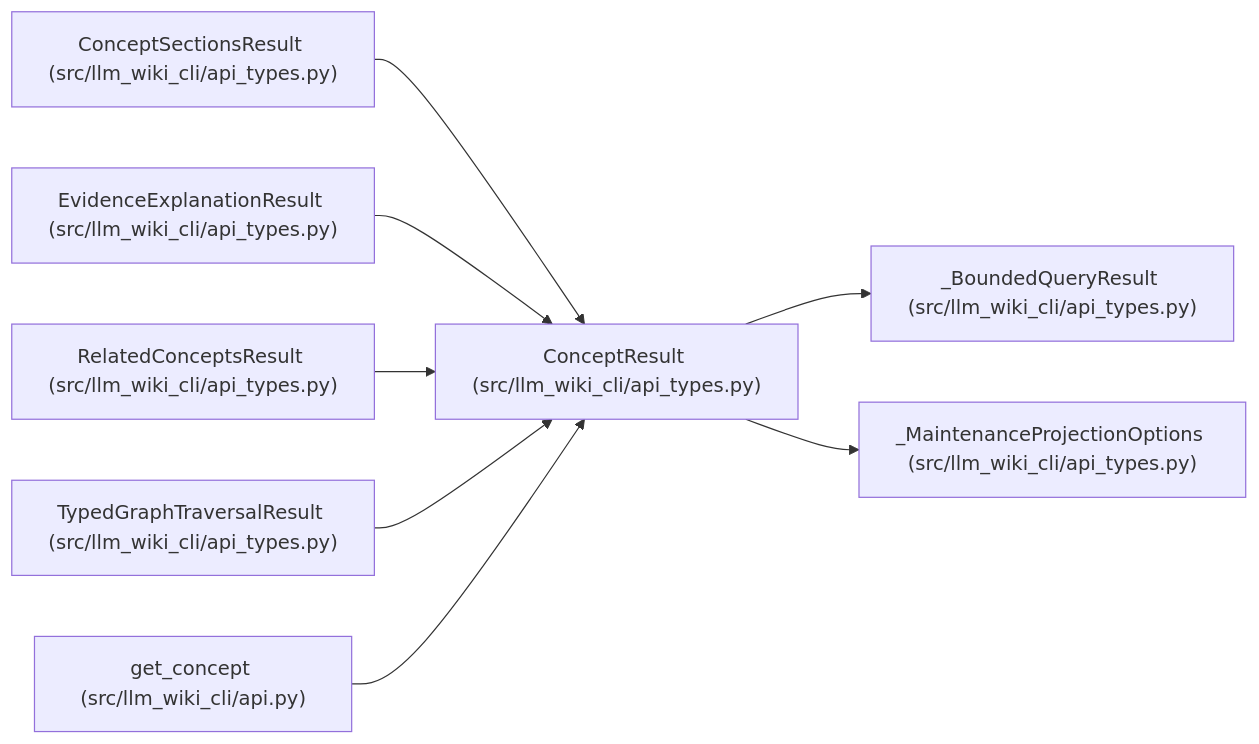
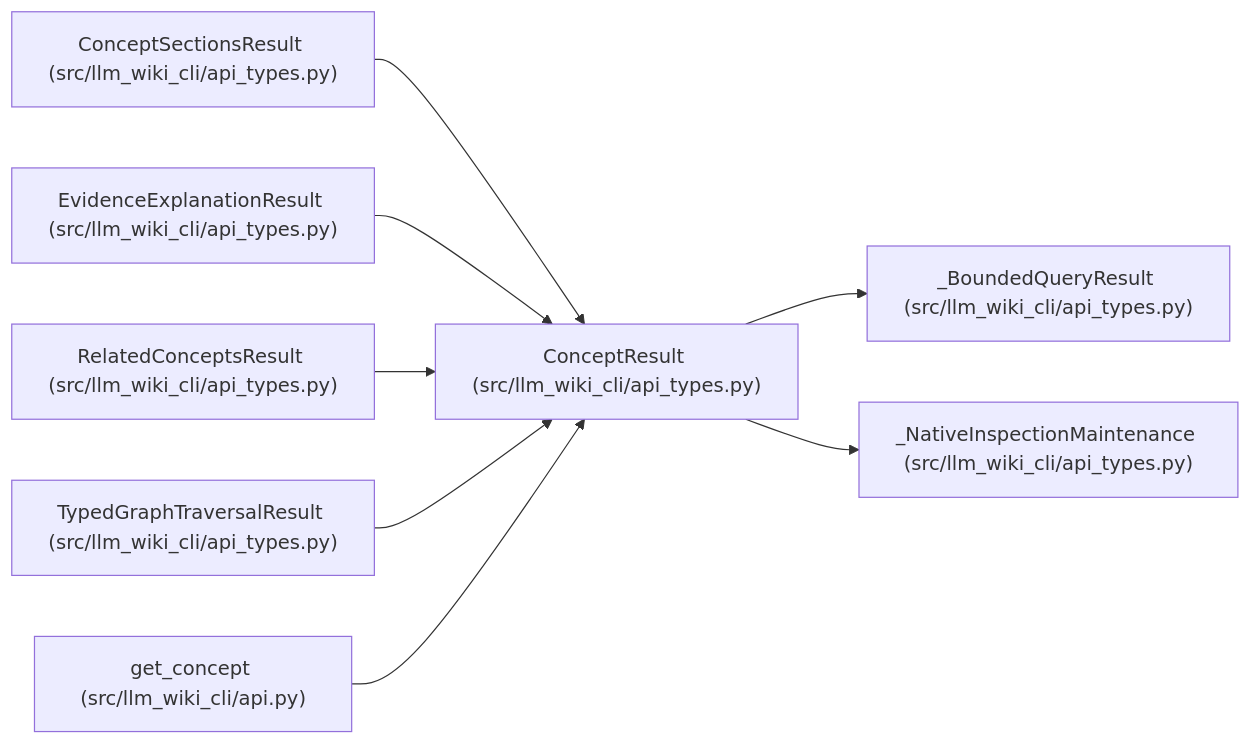
Before and after one commit to Denissvgn/python-wiki-llm: the diagram in docs/llm_wiki/entities/ConceptResult.md, drawn with Mermaid. The commit also changed other lines of this file and 408 other files, not shown here.

````diff
--- a/docs/llm_wiki/entities/ConceptResult.md
+++ b/docs/llm_wiki/entities/ConceptResult.md
@@ -28,26 +28,26 @@
 ```mermaid
 flowchart LR
     n0["ConceptResult (src/llm_wiki_cli/api_types.py)"]
     n1["_BoundedQueryResult (src/llm_wiki_cli/api_types.py)"]
-    n2["_MaintenanceProjectionOptions (src/llm_wiki_cli/api_types.py)"]
+    n2["_NativeInspectionMaintenance (src/llm_wiki_cli/api_types.py)"]
     n3["ConceptSectionsResult (src/llm_wiki_cli/api_types.py)"]
     n4["EvidenceExplanationResult (src/llm_wiki_cli/api_types.py)"]
     n5["RelatedConceptsResult (src/llm_wiki_cli/api_types.py)"]
     n6["TypedGraphTraversalResult (src/llm_wiki_cli/api_types.py)"]
     n7["get_concept (src/llm_wiki_cli/api.py)"]
     n0 --> n1
     n0 --> n2
     n3 --> n0
     n4 --> n0
     n5 --> n0
     n6 --> n0
     n7 --> n0
     click n0 "../modules/api_types.md"
     click n1 "../modules/api_types.md"
     click n2 "../modules/api_types.md"
     click n3 "../modules/api_types.md"
     click n4 "../modules/api_types.md"
     click n5 "../modules/api_types.md"
     click n6 "../modules/api_types.md"
     click n7 "../modules/api.md"
 ```
````
